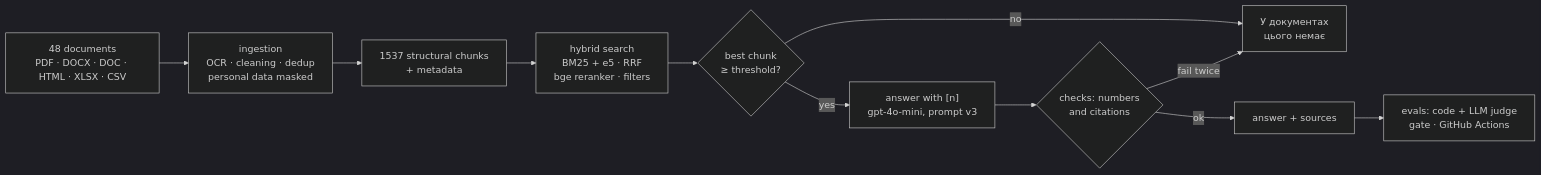
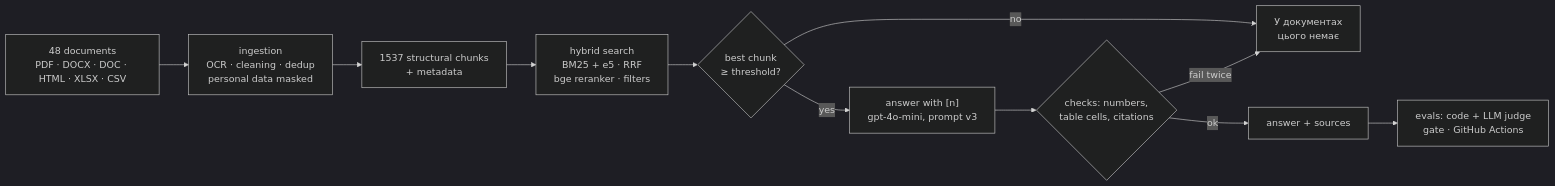
One commit to OlenaYazykova/ai-engineering-course changed the diagram in REPORT.md. Above: the diagram before and after it, drawn with Mermaid (dark theme). The commit also changed other lines of this file and 12 other files, not shown here.

Commit message:
HW2 step 4, v2: deterministic check of table cells (crop, oblast, year of the cell against its sentence); dev and test measured again; REPORT: all runs and their spread

````diff
--- a/REPORT.md
+++ b/REPORT.md
@@ -7,13 +7,13 @@
 ```mermaid
 flowchart LR
     A["48 documents<br/>PDF · DOCX · DOC · HTML · XLSX · CSV"] --> B["ingestion<br/>OCR · cleaning · dedup<br/>personal data masked"]
     B --> C["1537 structural chunks<br/>+ metadata"]
     C --> D["hybrid search<br/>BM25 + e5 · RRF<br/>bge reranker · filters"]
     D --> E{"best chunk<br/>≥ threshold?"}
     E -- no --> R["У документах<br/>цього немає"]
     E -- yes --> F["answer with [n]<br/>gpt-4o-mini, prompt v3"]
-    F --> G{"checks: numbers<br/>and citations"}
+    F --> G{"checks: numbers,<br/>table cells, citations"}
     G -- fail twice --> R
     G -- ok --> H["answer + sources"]
     H --> I["evals: code + LLM judge<br/>gate · GitHub Actions"]
 ```
````
